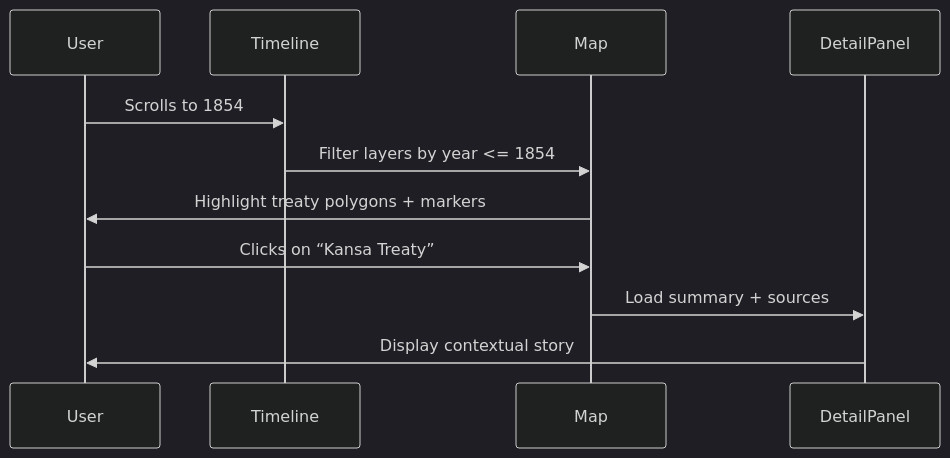
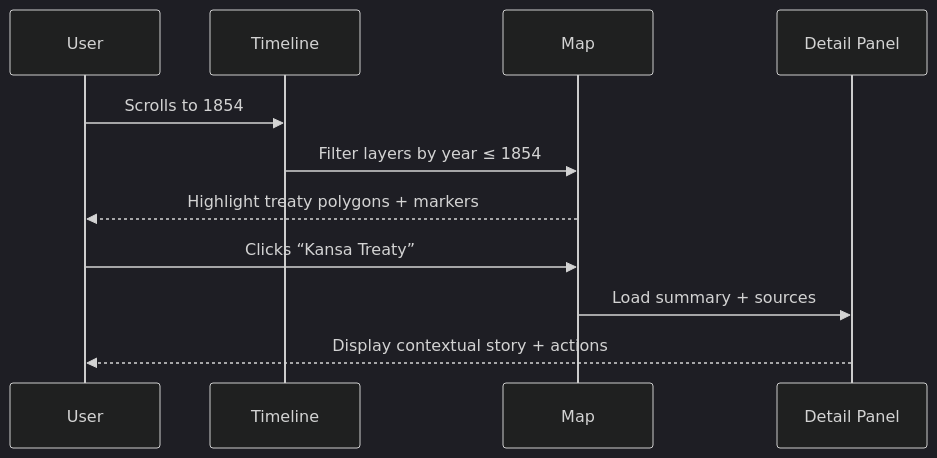
One commit to bartytime4life/Kansas-Frontier-Matrix changed the second of 2 diagrams in docs/design/ui-guidelines.md. Above: the diagram before and after it, drawn with Mermaid (dark theme). The commit also changed other lines of this file, not shown here.

````diff
--- a/docs/design/ui-guidelines.md
+++ b/docs/design/ui-guidelines.md
@@ -169,13 +161,13 @@
 ```mermaid
 sequenceDiagram
-    participant User
-    participant Timeline
-    participant Map
-    participant DetailPanel
-    User->>Timeline: Scrolls to 1854
-    Timeline->>Map: Filter layers by year <= 1854
-    Map->>User: Highlight treaty polygons + markers
-    User->>Map: Clicks on “Kansa Treaty”
-    Map->>DetailPanel: Load summary + sources
-    DetailPanel->>User: Display contextual story
+    participant U as User
+    participant T as Timeline
+    participant M as Map
+    participant D as Detail Panel
+    U->>T: Scrolls to 1854
+    T->>M: Filter layers by year ≤ 1854
+    M-->>U: Highlight treaty polygons + markers
+    U->>M: Clicks “Kansa Treaty”
+    M->>D: Load summary + sources
+    D-->>U: Display contextual story + actions
 ```
````
